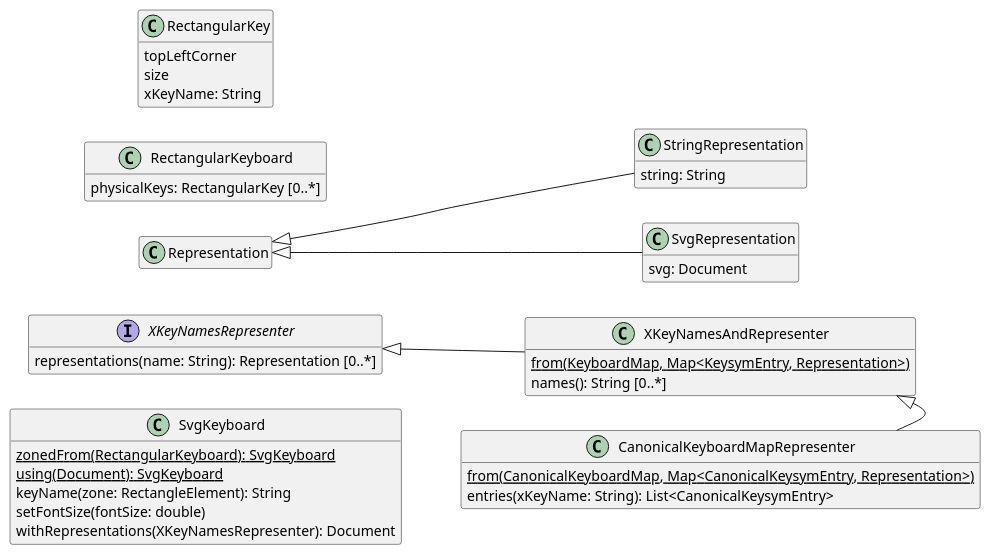
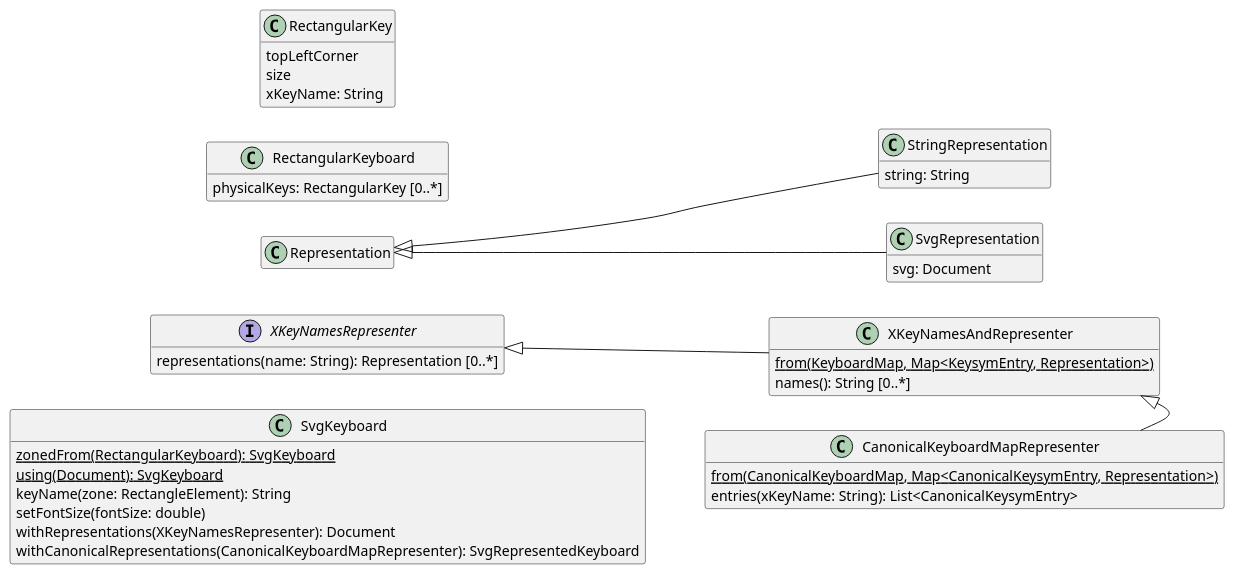
One commit to oliviercailloux/Keyboardd changed the diagram in Representable.wsd. Above: the diagram before and after it, drawn with PlantUML.

```diff
--- a/Representable.wsd
+++ b/Representable.wsd
@@ -1,54 +1,55 @@
 @startuml Representable
 hide empty members
 left to right direction
 
 class "Representation" {
 }
 class "StringRepresentation" {
   string: String
 }
 class "SvgRepresentation" {
   svg: Document
 }
 "Representation" <|-- "StringRepresentation"
 "Representation" <|-- "SvgRepresentation"
 
 interface "XKeyNamesRepresenter" {
   representations(name: String): Representation [0..*]
 }
 
 class "XKeyNamesAndRepresenter" {
   {static} from(KeyboardMap, Map<KeysymEntry, Representation>)
   names(): String [0..*]
 }
 "XKeyNamesRepresenter" <|-- "XKeyNamesAndRepresenter"
 
 class "CanonicalKeyboardMapRepresenter" {
   {static} from(CanonicalKeyboardMap, Map<CanonicalKeysymEntry, Representation>)
   entries(xKeyName: String): List<CanonicalKeysymEntry>
 }
 "XKeyNamesAndRepresenter" <|-- "CanonicalKeyboardMapRepresenter"
 
 class "RectangularKey" {
   topLeftCorner
   size
   xKeyName: String
 }
 
 class "RectangularKeyboard" {
   physicalKeys: RectangularKey [0..*]
 }
 
 class "SvgKeyboard" {
   {static} zonedFrom(RectangularKeyboard): SvgKeyboard
   {static} using(Document): SvgKeyboard
   keyName(zone: RectangleElement): String
   setFontSize(fontSize: double)
   withRepresentations(XKeyNamesRepresenter): Document
+  withCanonicalRepresentations(CanonicalKeyboardMapRepresenter): SvgRepresentedKeyboard
 }
 
 "RectangularKeyboard" -[hidden]> "Representation"
 "Representation" -[hidden]> "XKeyNamesRepresenter"
 "XKeyNamesRepresenter" -[hidden]> "SvgKeyboard"
 "XKeyNamesAndRepresenter" -[hidden]> "CanonicalKeyboardMapRepresenter"
 @enduml
```
